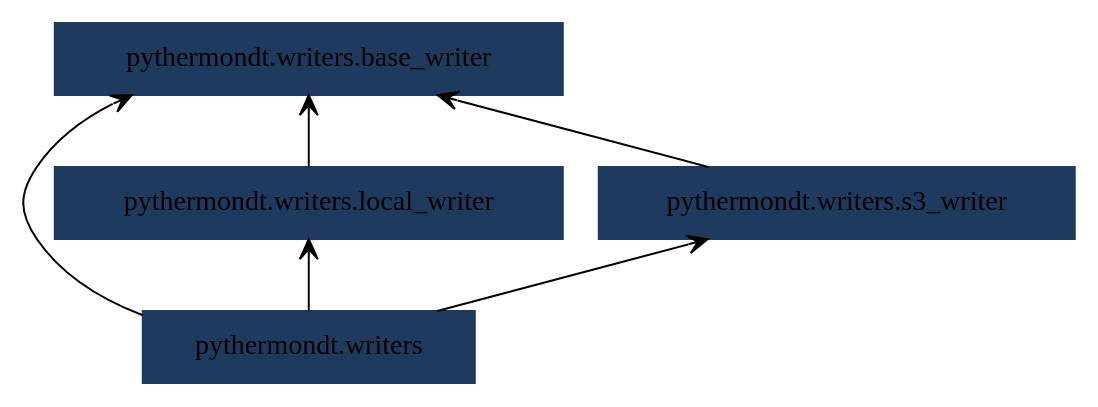
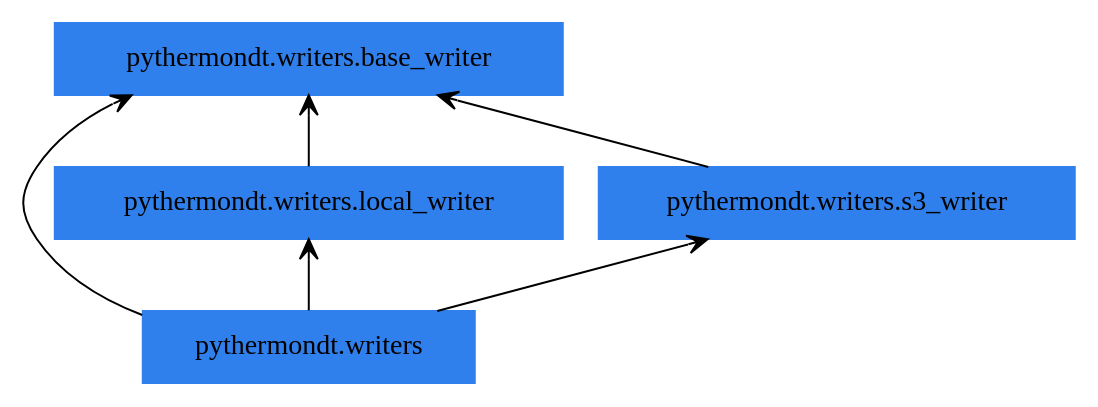
Before and after one commit to voidsy-gmbh/pyThermoNDT: the diagram in docs/pyreverse/packages_pythermondt.writers.gv, drawn with Graphviz. The commit also changed 25 other files, not shown here.

Commit message:
Update pyreverse diagrams

```diff
--- a/docs/pyreverse/packages_pythermondt.writers.gv
+++ b/docs/pyreverse/packages_pythermondt.writers.gv
@@ -1,13 +1,13 @@
 digraph "packages_pythermondt.writers" {
 rankdir=BT
 charset="utf-8"
-"pythermondt.writers" [color="#1E3A5F", label=<pythermondt.writers>, shape="box", style="filled"];
-"pythermondt.writers.base_writer" [color="#1E3A5F", label=<pythermondt.writers.base_writer>, shape="box", style="filled"];
-"pythermondt.writers.local_writer" [color="#1E3A5F", label=<pythermondt.writers.local_writer>, shape="box", style="filled"];
-"pythermondt.writers.s3_writer" [color="#1E3A5F", label=<pythermondt.writers.s3_writer>, shape="box", style="filled"];
+"pythermondt.writers" [color="#2F80ED", label=<pythermondt.writers>, shape="box", style="filled"];
+"pythermondt.writers.base_writer" [color="#2F80ED", label=<pythermondt.writers.base_writer>, shape="box", style="filled"];
+"pythermondt.writers.local_writer" [color="#2F80ED", label=<pythermondt.writers.local_writer>, shape="box", style="filled"];
+"pythermondt.writers.s3_writer" [color="#2F80ED", label=<pythermondt.writers.s3_writer>, shape="box", style="filled"];
 "pythermondt.writers" -> "pythermondt.writers.base_writer" [arrowhead="open", arrowtail="none"];
 "pythermondt.writers" -> "pythermondt.writers.local_writer" [arrowhead="open", arrowtail="none"];
 "pythermondt.writers" -> "pythermondt.writers.s3_writer" [arrowhead="open", arrowtail="none"];
 "pythermondt.writers.local_writer" -> "pythermondt.writers.base_writer" [arrowhead="open", arrowtail="none"];
 "pythermondt.writers.s3_writer" -> "pythermondt.writers.base_writer" [arrowhead="open", arrowtail="none"];
 }
```
